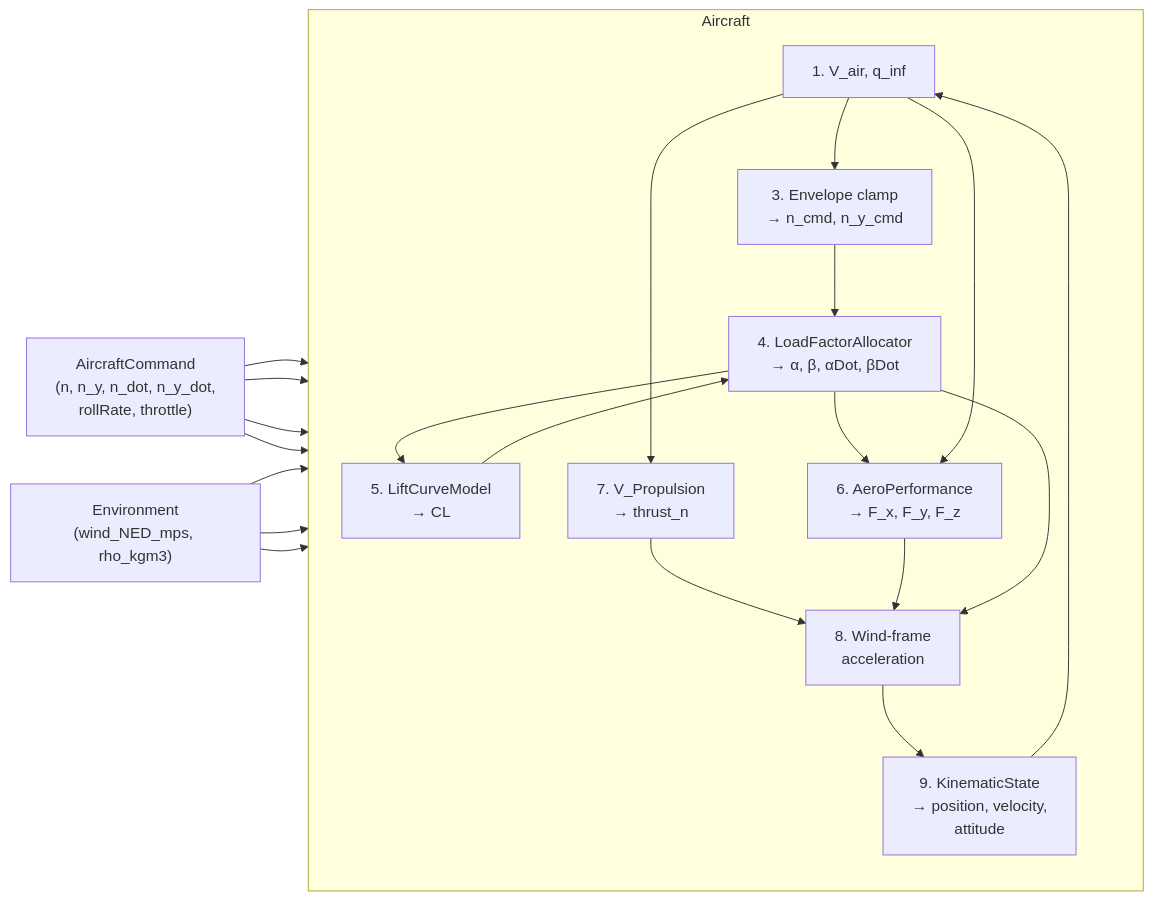
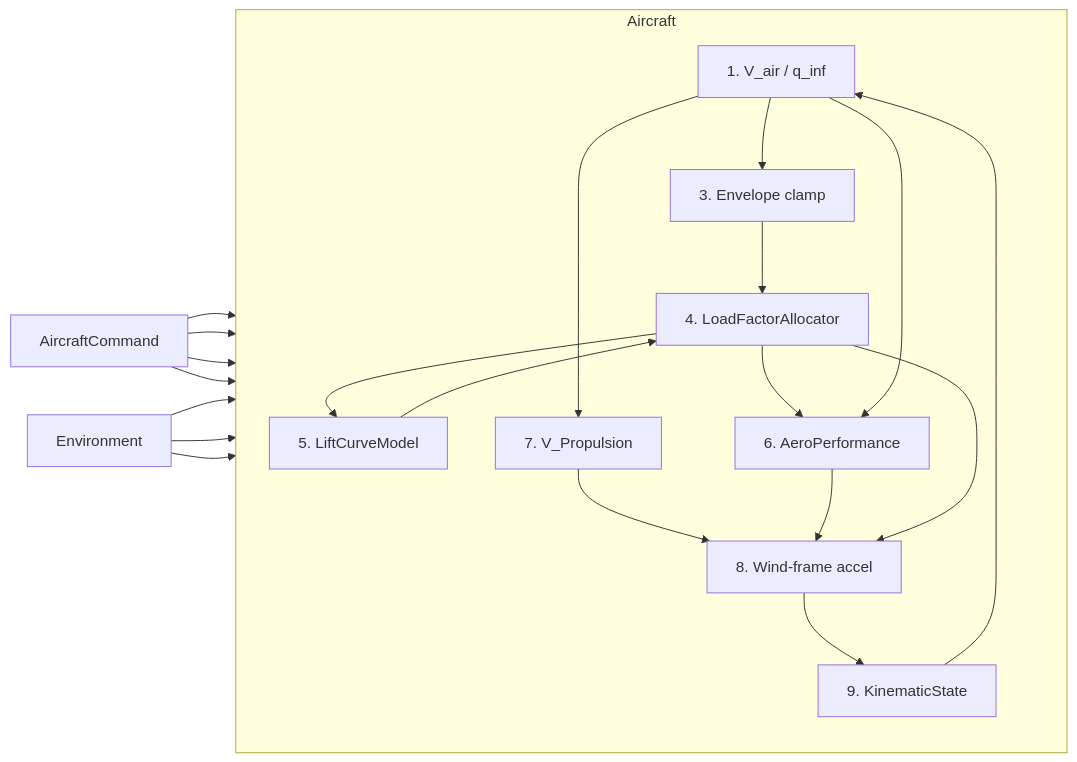
The third of 4 diagrams in docs/architecture/aircraft.md (yJjDoAZuae/LiteAeroSim), drawn with Mermaid before and after one commit.

Commit message:
diagram fix

````diff
--- a/docs/architecture/aircraft.md
+++ b/docs/architecture/aircraft.md
@@ -478,37 +478,37 @@
 ```mermaid
 flowchart LR
-    CMD["AircraftCommand\n(n, n_y, n_dot, n_y_dot,\nrollRate, throttle)"]
-    ENV["Environment\n(wind_NED_mps, rho_kgm3)"]
+    CMD["AircraftCommand"]
+    ENV["Environment"]
 
     subgraph Aircraft
         direction TB
-        VAS["1. V_air, q_inf"]
-        ELP["3. Envelope clamp\n→ n_cmd, n_y_cmd"]
-        LFA["4. LoadFactorAllocator\n→ α, β, αDot, βDot"]
-        LCM["5. LiftCurveModel\n→ CL"]
-        AER["6. AeroPerformance\n→ F_x, F_y, F_z"]
-        PROP["7. V_Propulsion\n→ thrust_n"]
-        ACCEL["8. Wind-frame\nacceleration"]
-        KIN["9. KinematicState\n→ position, velocity,\nattitude"]
+        VAS["1. V_air / q_inf"]
+        ELP["3. Envelope clamp"]
+        LFA["4. LoadFactorAllocator"]
+        LCM["5. LiftCurveModel"]
+        AER["6. AeroPerformance"]
+        PROP["7. V_Propulsion"]
+        ACCEL["8. Wind-frame accel"]
+        KIN["9. KinematicState"]
     end
 
     CMD --> VAS
     ENV --> VAS
     VAS --> ELP
     CMD --> ELP
     ELP --> LFA
     LFA --> LCM
     LCM --> LFA
     LFA --> AER
     VAS --> AER
     VAS --> PROP
     CMD --> PROP
     ENV --> PROP
     PROP --> ACCEL
     AER --> ACCEL
     LFA --> ACCEL
     ACCEL --> KIN
     CMD --> KIN
     ENV --> KIN
     KIN --> VAS
 ```
````
